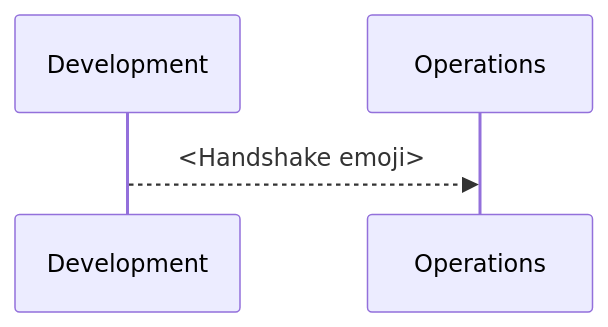
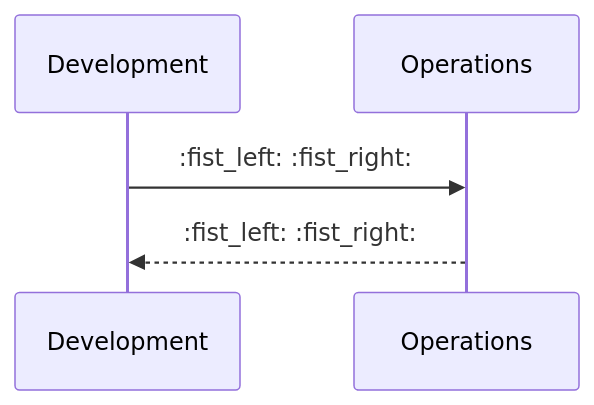
One commit to nepalsingh/cloud-training changed the fifth of 6 diagrams in README.md. Above: the diagram before and after it, drawn with Mermaid.

Commit message:
Update flowchart

````diff
--- a/README.md
+++ b/README.md
@@ -918,6 +918,7 @@
 ```mermaid
 
   sequenceDiagram  
-    Development -->> Operations: <Handshake emoji>
+    Development ->> Operations: :fist_left: :fist_right:
+    Operations -->> Development: :fist_left: :fist_right:
 
 ```
````
